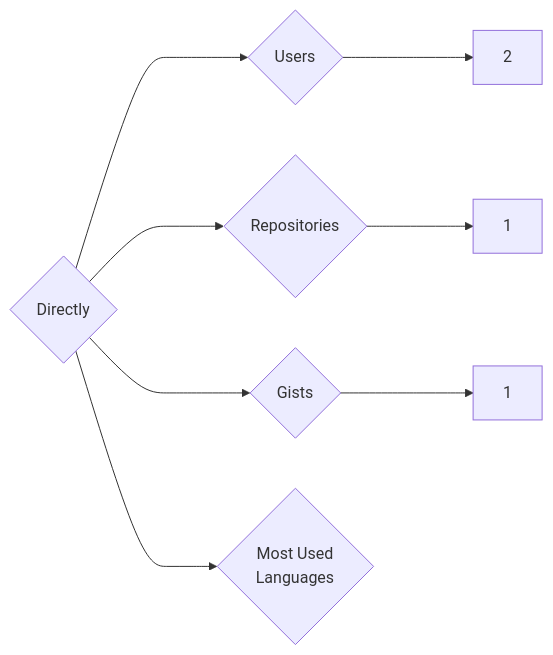
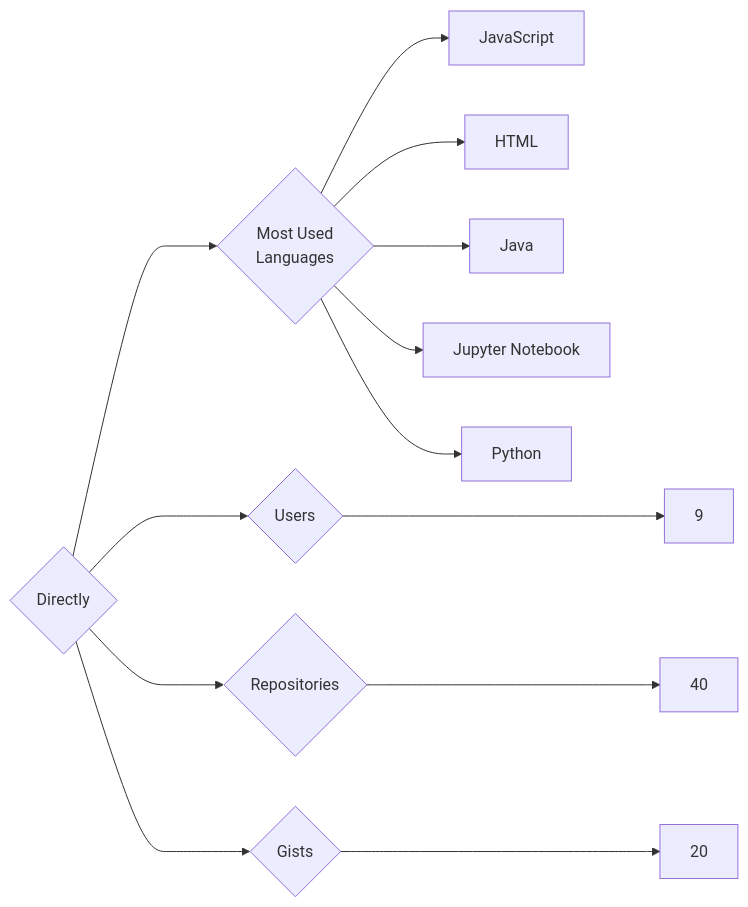
The diagram in targets/Directly/README.md (trickest/insiders), drawn with Mermaid before and after one commit. The commit also changed 865 other files, not shown here.

````diff
--- a/targets/Directly/README.md
+++ b/targets/Directly/README.md
@@ -3,8 +3,13 @@
 ```mermaid
 graph LR
 COMPANY_NAME{Directly}
-COMPANY_NAME ---> U{Users} ---> UN[2]
-COMPANY_NAME ---> R{Repositories} ---> RN[1]
-COMPANY_NAME ---> G{Gists} ---> GN[1]
+COMPANY_NAME ---> U{Users} ---> UN[9]
+COMPANY_NAME ---> R{Repositories} ---> RN[40]
+COMPANY_NAME ---> G{Gists} ---> GN[20]
 COMPANY_NAME ---> ML{Most Used<br>Languages}
+ML --> JavaScript[JavaScript]
+ML --> HTML[HTML]
+ML --> Java[Java]
+ML --> Jupyter_Notebook[Jupyter Notebook]
+ML --> Python[Python]
 ```
````
